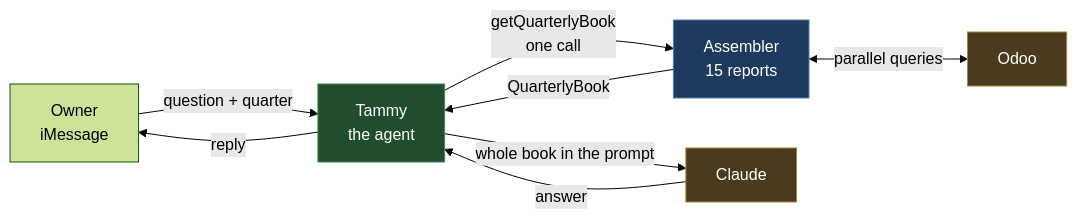
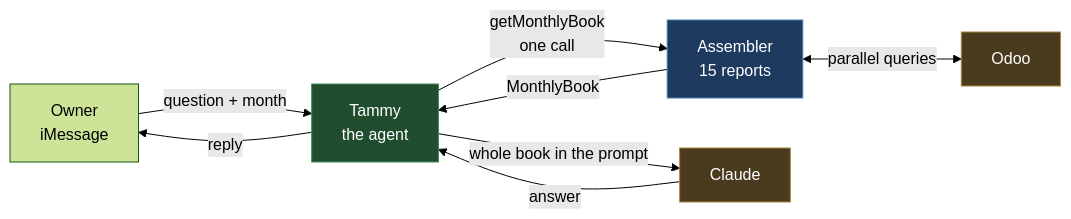
One commit to Patcast/terac_hackathon_patrcio changed the first of 6 diagrams in docs/architecture_phase1.md. Above: the diagram before and after it, drawn with Mermaid (forest theme). The commit also changed other lines of this file and 18 other files, not shown here.

````diff
--- a/docs/architecture_phase1.md
+++ b/docs/architecture_phase1.md
@@ -24,15 +33,15 @@
 ```mermaid
 flowchart LR
-    C["Owner<br/>iMessage"] -->|"question + quarter"| T["Tammy<br/>the agent"]
-    T -->|"getQuarterlyBook<br/>one call"| A["Assembler<br/>15 reports"]
+    C["Owner<br/>iMessage"] -->|"question + month"| T["Tammy<br/>the agent"]
+    T -->|"getMonthlyBook<br/>one call"| A["Assembler<br/>15 reports"]
     A <-->|"parallel queries"| O["Odoo"]
-    A -->|"QuarterlyBook"| T
+    A -->|"MonthlyBook"| T
     T -->|"whole book in the prompt"| K["Claude"]
     K -->|"answer"| T
     T -->|"reply"| C
 
     style T fill:#1f4d2e,stroke:#3d8b5a,color:#fff
     style A fill:#1e3a5f,stroke:#4a7fb5,color:#fff
     style K fill:#4a3a1e,stroke:#a8873d,color:#fff
     style O fill:#4a3a1e,stroke:#a8873d,color:#fff
 ```
````
